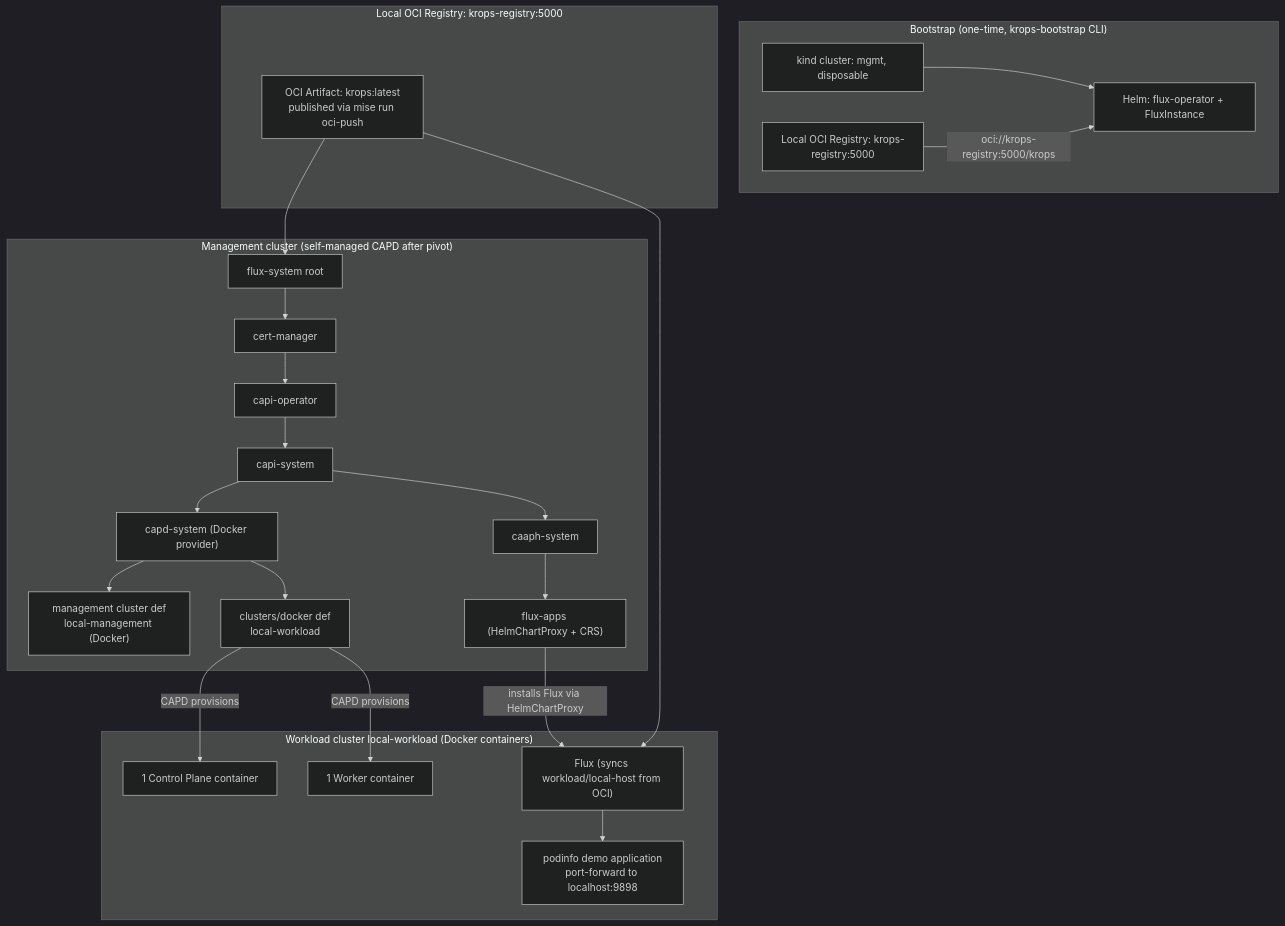
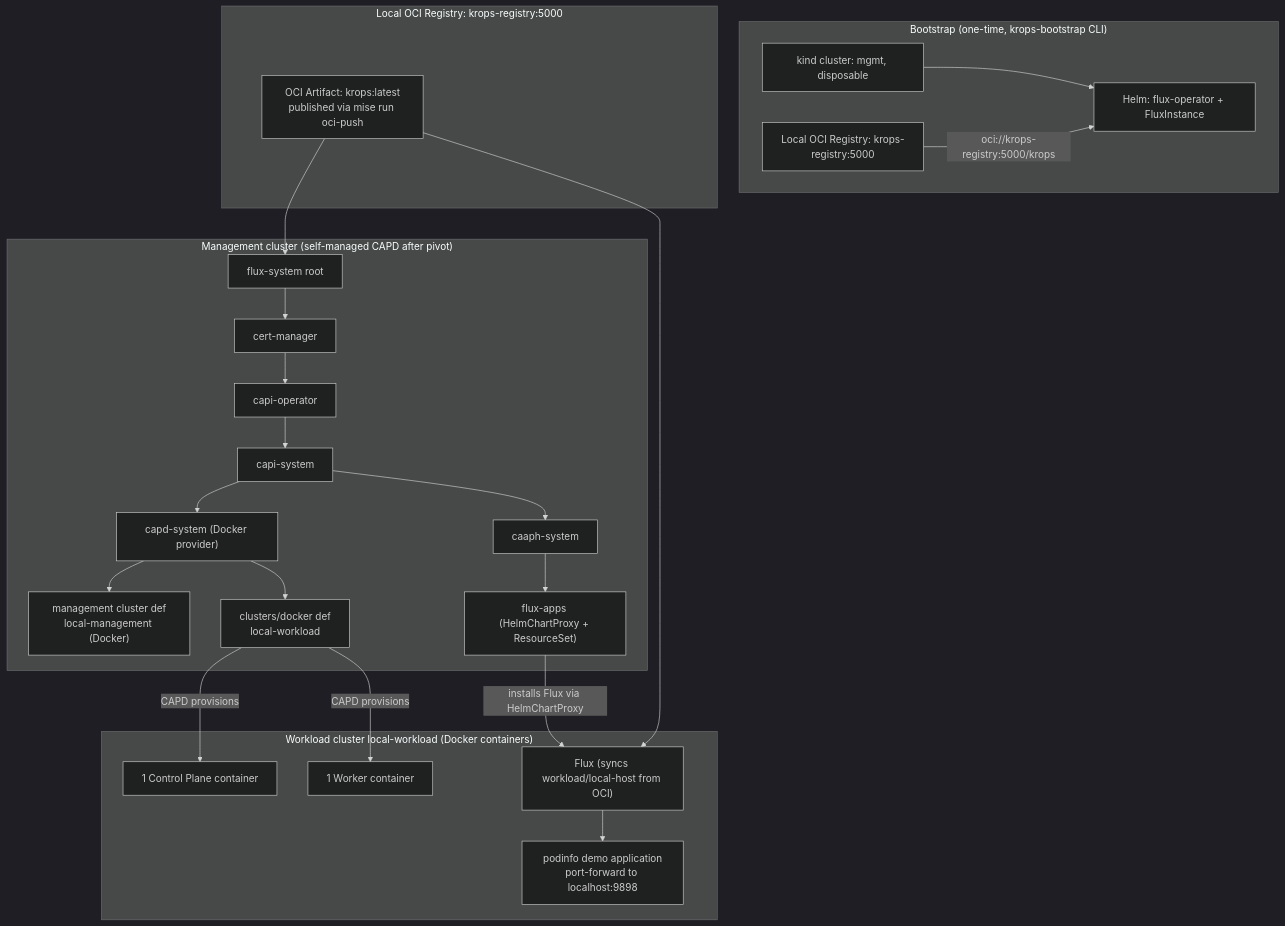
One commit to polarsquad/krops changed the fourth of 5 diagrams in docs/architecture.md. Above: the diagram before and after it, drawn with Mermaid (dark theme). The commit also changed other lines of this file and 12 other files, not shown here.

````diff
--- a/docs/architecture.md
+++ b/docs/architecture.md
@@ -427,46 +431,46 @@
 ```mermaid
 flowchart TD
     subgraph bootstrap["Bootstrap (one-time, krops-bootstrap CLI)"]
         KIND[kind cluster: mgmt, disposable]
         REG["Local OCI Registry: krops-registry:5000"]
         HELM[Helm: flux-operator + FluxInstance]
         KIND --> HELM
         REG -->|oci://krops-registry:5000/krops| HELM
     end
 
     subgraph oci["Local OCI Registry: krops-registry:5000"]
         ARTIFACT["OCI Artifact: krops:latest<br/>published via mise run oci-push"]
     end
 
     subgraph mgmt["Management cluster (self-managed CAPD after pivot)"]
         FS[flux-system root]
         CM[cert-manager]
         CO[capi-operator]
         CAPIS[capi-system]
         CAPDS["capd-system (Docker provider)"]
         CAAPH[caaph-system]
         MGMT["management cluster def<br/>local-management (Docker)"]
         DOCKER["clusters/docker def<br/>local-workload"]
-        FA["flux-apps (HelmChartProxy + CRS)"]
+        FA["flux-apps (HelmChartProxy + ResourceSet)"]
 
         FS --> CM --> CO --> CAPIS --> CAPDS
         CAPIS --> CAAPH --> FA
         CAPDS --> MGMT
         CAPDS --> DOCKER
     end
 
     ARTIFACT --> FS
 
     subgraph wl["Workload cluster local-workload (Docker containers)"]
         CP[1 Control Plane container]
         WORKER[1 Worker container]
         WF["Flux (syncs workload/local-host from OCI)"]
         APP["podinfo demo application<br/>port-forward to localhost:9898"]
         WF --> APP
     end
 
     DOCKER -->|CAPD provisions| CP
     DOCKER -->|CAPD provisions| WORKER
     FA -->|installs Flux via HelmChartProxy| WF
     ARTIFACT --> WF
 ```
````
